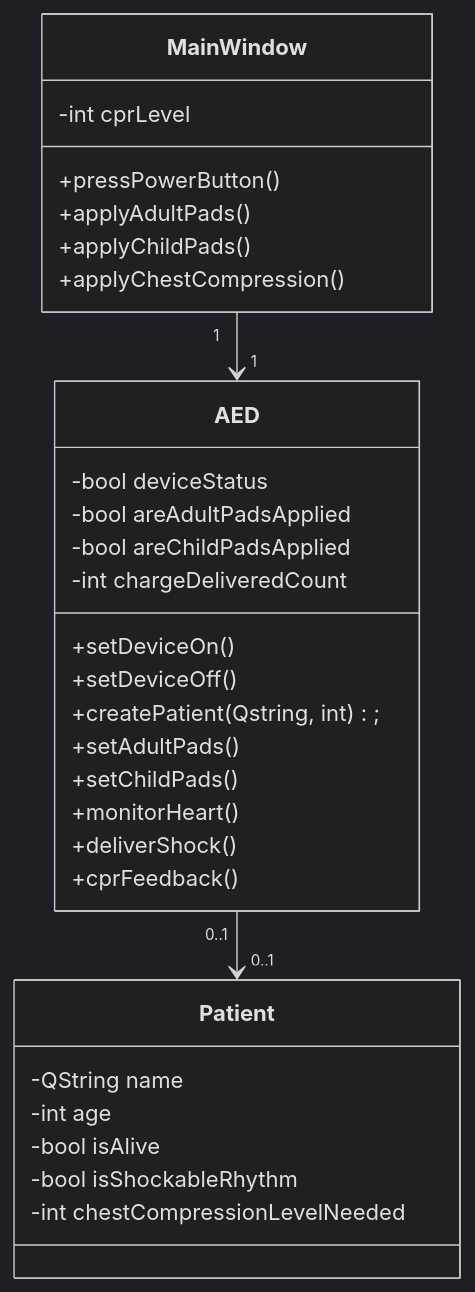
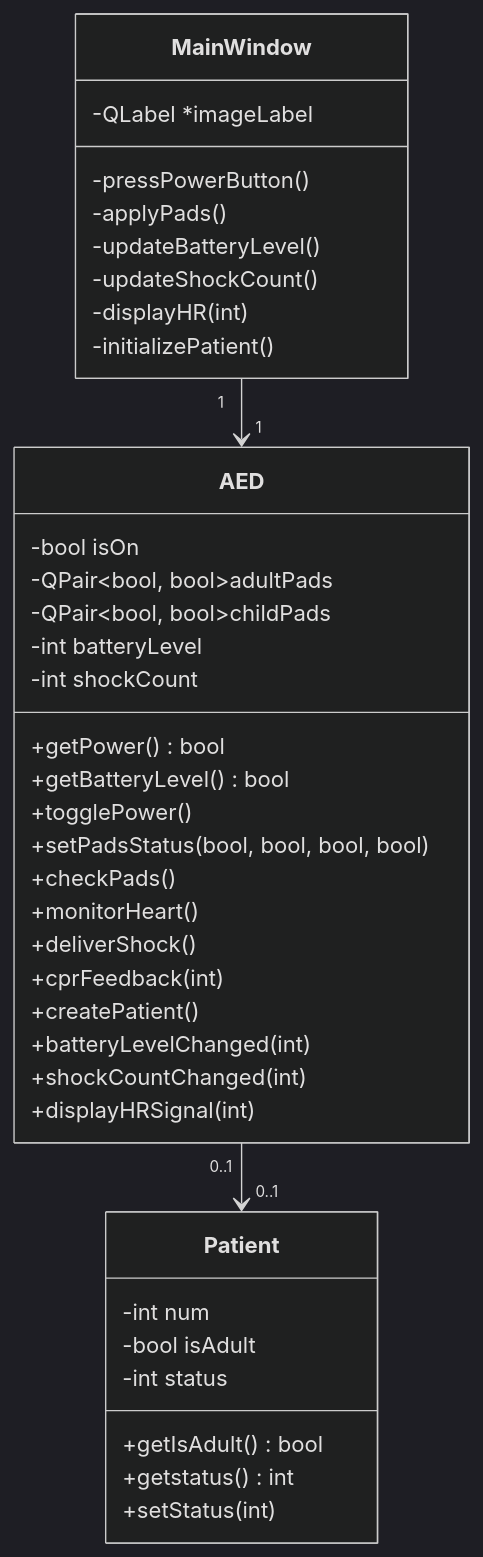
The diagram in README.md (Kailinho/3004_Final_Project), drawn with Mermaid (dark theme) before and after one commit.

Commit message:
Updated Class Diagram

````diff
--- a/README.md
+++ b/README.md
@@ -5,36 +5,48 @@
 ```mermaid
 classDiagram
 class MainWindow {
-    -int cprLevel
-    +pressPowerButton()
-    +applyAdultPads()
-    +applyChildPads()
-    +applyChestCompression()
+    -QLabel *imageLabel
+
+    -pressPowerButton()
+    -applyPads()
+    -updateBatteryLevel()
+    -updateShockCount()
+    -displayHR(int)
+    -initializePatient()
 }
 
 class AED {
-    -bool deviceStatus
-    -bool areAdultPadsApplied
-    -bool areChildPadsApplied
-    -int chargeDeliveredCount
-    +setDeviceOn()
-    +setDeviceOff()
-    +createPatient(Qstring, int);
-    +setAdultPads()
-    +setChildPads()
+    -bool isOn
+    -QPair&lt;bool, bool&gt;adultPads
+    -QPair&lt;bool, bool&gt;childPads
+    -int batteryLevel
+    -int shockCount
+
+    +getPower() bool
+    +getBatteryLevel() bool
+    +togglePower()
+    +setPadsStatus(bool, bool, bool, bool)
+    +checkPads()
     +monitorHeart()
     +deliverShock()
-    +cprFeedback()
+    +cprFeedback(int)
+    +createPatient()
+
+    +batteryLevelChanged(int)
+    +shockCountChanged(int)
+    +displayHRSignal(int)
 }
 
 class Patient {
-    -QString name
-    -int age
-    -bool isAlive
-    -bool isShockableRhythm
-    -int chestCompressionLevelNeeded
+    -int num
+    -bool isAdult
+    -int status
+
+    +getIsAdult() bool
+    +getstatus() int
+    +setStatus(int)
 }
 
 MainWindow "1" --> "1" AED
 AED "0..1" --> "0..1" Patient
 ```
````
